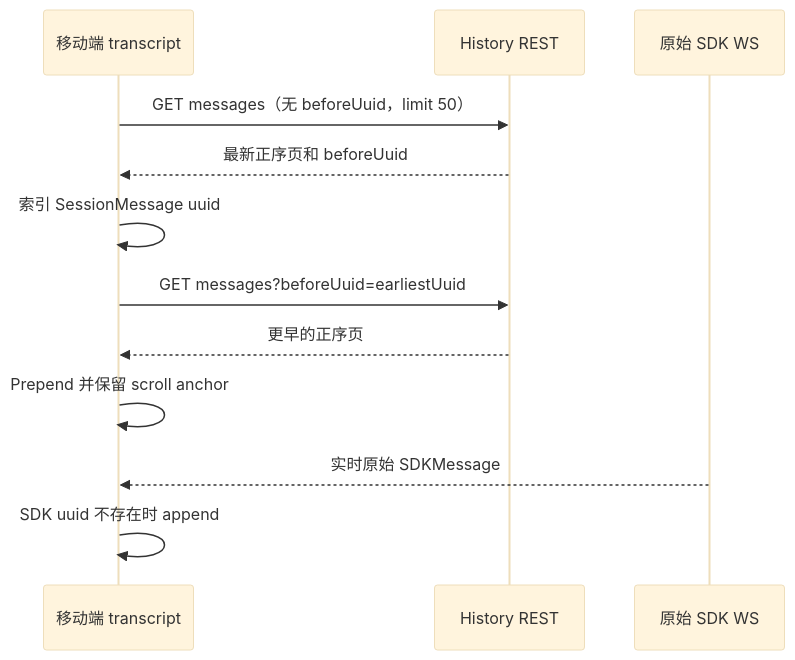
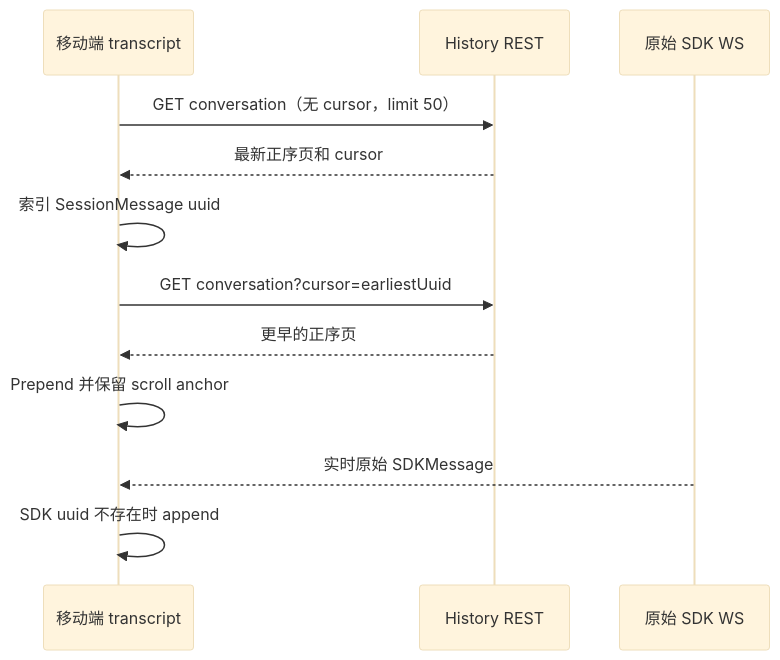
Before and after one commit to loomou/PocketPilot: the fifth of 10 diagrams in docs/mobile-integration-guide.zh-CN.md, drawn with Mermaid (base theme). The commit also changed other lines of this file and 17 other files, not shown here.

````diff
--- a/docs/mobile-integration-guide.zh-CN.md
+++ b/docs/mobile-integration-guide.zh-CN.md
@@ -930,14 +938,14 @@
 ```mermaid
 sequenceDiagram
     participant M as 移动端 transcript
     participant R as History REST
     participant S as 原始 SDK WS
-    M->>R: GET messages（无 beforeUuid，limit 50）
-    R-->>M: 最新正序页和 beforeUuid
+    M->>R: GET conversation（无 cursor，limit 50）
+    R-->>M: 最新正序页和 cursor
     M->>M: 索引 SessionMessage uuid
-    M->>R: GET messages?beforeUuid=earliestUuid
+    M->>R: GET conversation?cursor=earliestUuid
     R-->>M: 更早的正序页
     M->>M: Prepend 并保留 scroll anchor
     S-->>M: 实时原始 SDKMessage
     M->>M: SDK uuid 不存在时 append
 ```
````
